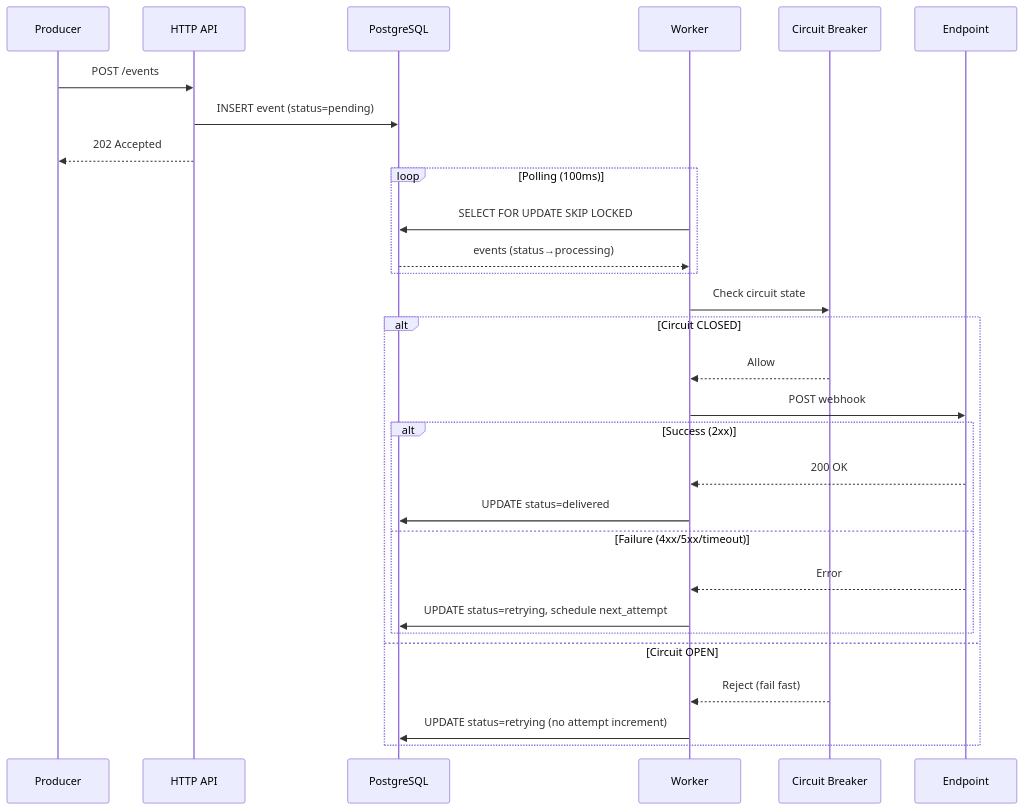
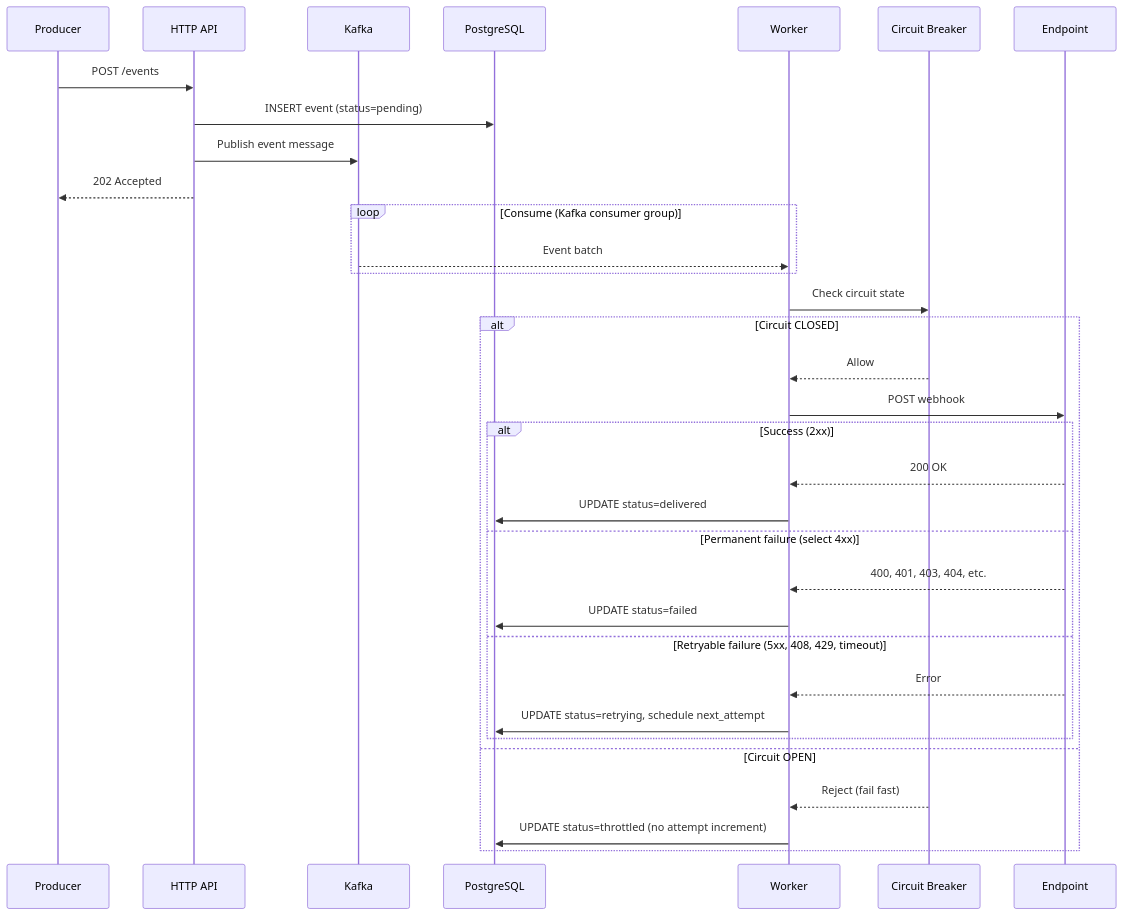
One commit to felipepmaragno/webhook-service changed the second of 4 diagrams in docs/spec.md. Above: the diagram before and after it, drawn with Mermaid. The commit also changed other lines of this file and 12 other files, not shown here.

````diff
--- a/docs/spec.md
+++ b/docs/spec.md
@@ -75,34 +77,38 @@
 ```mermaid
 sequenceDiagram
     participant P as Producer
     participant API as HTTP API
+    participant K as Kafka
     participant DB as PostgreSQL
     participant W as Worker
     participant CB as Circuit Breaker
     participant E as Endpoint
 
     P->>API: POST /events
     API->>DB: INSERT event (status=pending)
+    API->>K: Publish event message
     API-->>P: 202 Accepted
 
-    loop Polling (100ms)
-        W->>DB: SELECT FOR UPDATE SKIP LOCKED
-        DB-->>W: events (status→processing)
+    loop Consume (Kafka consumer group)
+        K-->>W: Event batch
     end
 
     W->>CB: Check circuit state
     alt Circuit CLOSED
         CB-->>W: Allow
         W->>E: POST webhook
         alt Success (2xx)
             E-->>W: 200 OK
             W->>DB: UPDATE status=delivered
-        else Failure (4xx/5xx/timeout)
+        else Permanent failure (select 4xx)
+            E-->>W: 400, 401, 403, 404, etc.
+            W->>DB: UPDATE status=failed
+        else Retryable failure (5xx, 408, 429, timeout)
             E-->>W: Error
             W->>DB: UPDATE status=retrying, schedule next_attempt
         end
     else Circuit OPEN
         CB-->>W: Reject (fail fast)
-        W->>DB: UPDATE status=retrying (no attempt increment)
+        W->>DB: UPDATE status=throttled (no attempt increment)
     end
 ```
````
